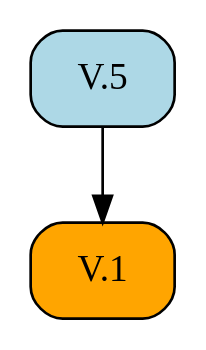
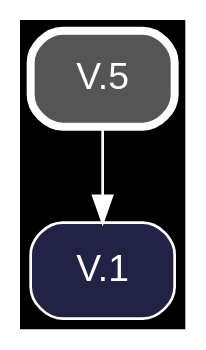
Before and after one commit to geometor/elements: the diagram in docsrc/heath/V/5/index.rst, drawn with Graphviz. The commit also changed other lines of this file and 1200 other files, not shown here.

Commit message:
update dependency graphs

```diff
--- a/docsrc/heath/V/5/index.rst
+++ b/docsrc/heath/V/5/index.rst
@@ -51,9 +51,11 @@
 .. graphviz::
 
    digraph {
+     bgcolor="black";
+     node [shape=box, style="rounded,filled", fontname="Helvetica", color="white", fontcolor="white"];
+     edge [color="white", fontcolor="white"];
      rankdir="TB";
-     node [shape=box, style=rounded];
-     "V.1" [style="rounded,filled", fillcolor=orange, URL="/heath/V/1/", target="_top"];
-     "V.5" [style="rounded,filled", fillcolor=lightblue, URL="/heath/V/5/", target="_top"];
+     "V.1" [fillcolor="#222244", URL="/heath/V/1/", target="_top"];
+     "V.5" [penwidth=3, color="white", fillcolor="#555555", URL="/heath/V/5/", target="_top"];
      "V.5" -> "V.1";
    }
```
